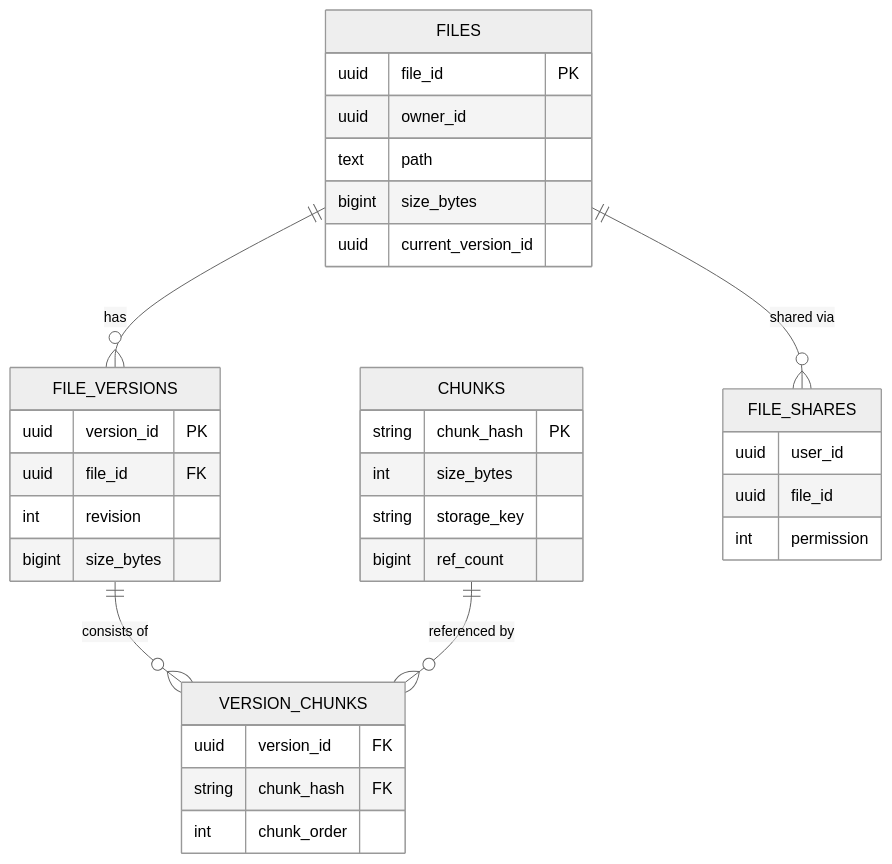
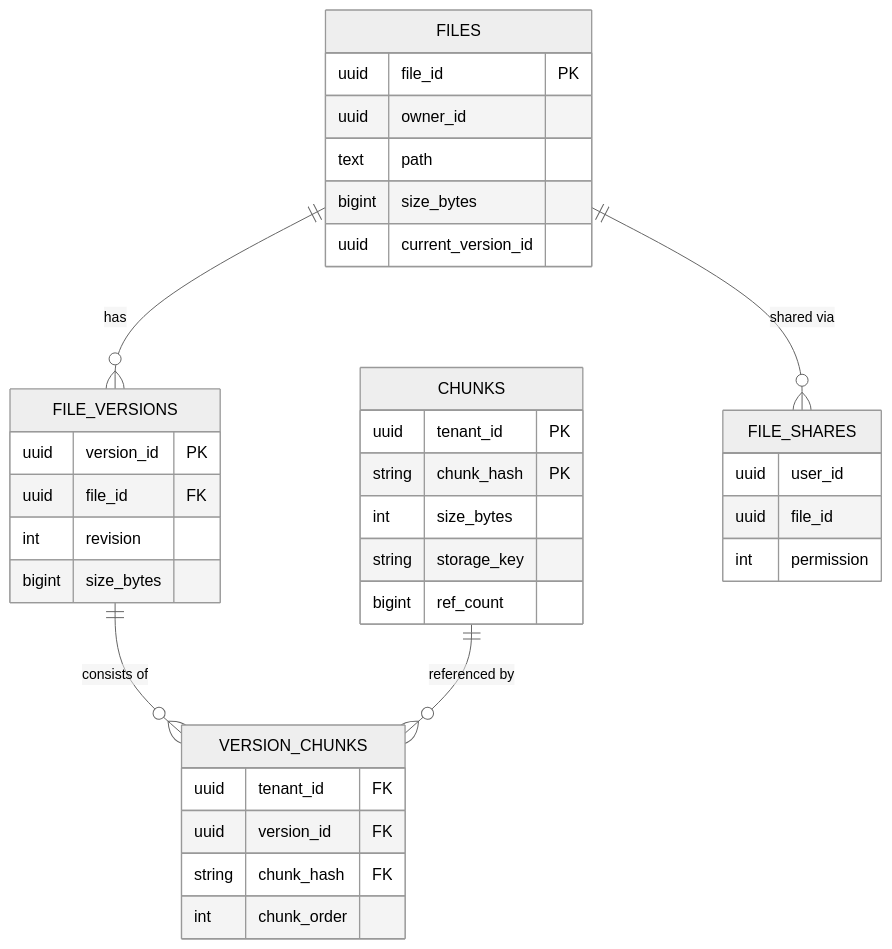
The second of 6 diagrams in 02-case-studies/file-storage.md (AlohaJava/system-design-interview-chamkin), drawn with Mermaid (neutral theme) before and after one commit. The commit also changed other lines of this file and 49 other files, not shown here.

````diff
--- a/02-case-studies/file-storage.md
+++ b/02-case-studies/file-storage.md
@@ -220,37 +207,39 @@
 ```mermaid
 erDiagram
     FILES ||--o{ FILE_VERSIONS : "has"
     FILE_VERSIONS ||--o{ VERSION_CHUNKS : "consists of"
     CHUNKS ||--o{ VERSION_CHUNKS : "referenced by"
     FILES ||--o{ FILE_SHARES : "shared via"
 
     FILES {
         uuid file_id PK
         uuid owner_id
         text path
         bigint size_bytes
         uuid current_version_id
     }
     FILE_VERSIONS {
         uuid version_id PK
         uuid file_id FK
         int revision
         bigint size_bytes
     }
     CHUNKS {
+        uuid tenant_id PK
         string chunk_hash PK
         int size_bytes
         string storage_key
         bigint ref_count
     }
     VERSION_CHUNKS {
+        uuid tenant_id FK
         uuid version_id FK
         string chunk_hash FK
         int chunk_order
     }
     FILE_SHARES {
         uuid user_id
         uuid file_id
         int permission
     }
 ```
````
